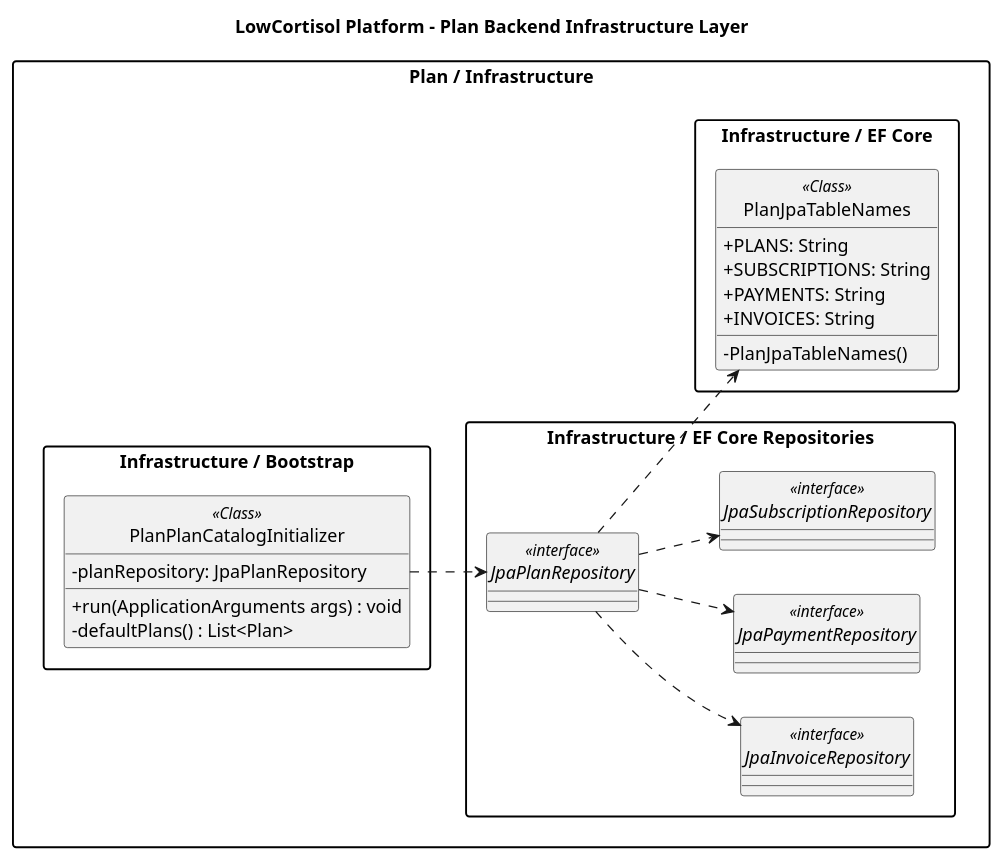
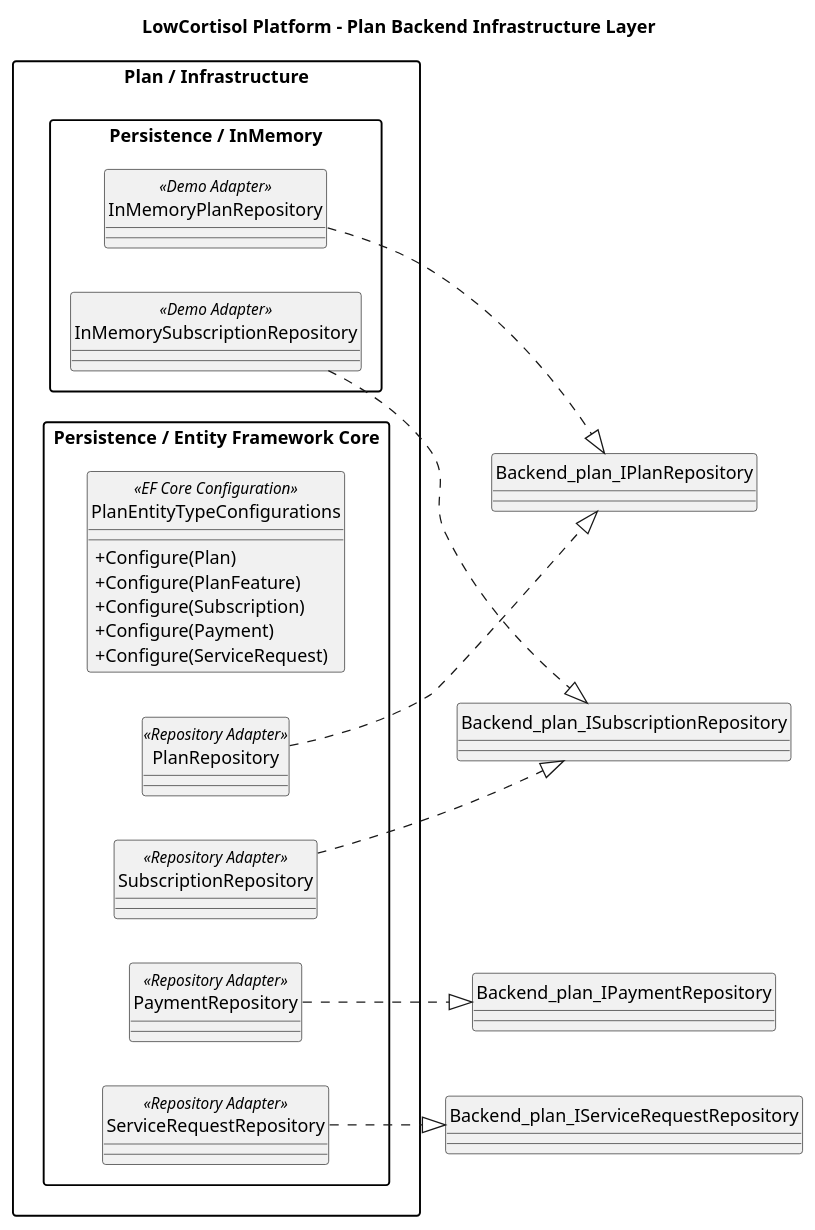
Before and after one commit to upc-pre-202610-1asi0730-12144-flowalert/lowcortisol-report: the diagram in docs/diagrams/class/backend/layers/plan/backend-plan-infrastructure-class-diagram.puml, drawn with PlantUML. The commit also changed 51 other files, not shown here.

Commit message:
docs: align report diagrams with implemented bounded contexts

```diff
--- a/docs/diagrams/class/backend/layers/plan/backend-plan-infrastructure-class-diagram.puml
+++ b/docs/diagrams/class/backend/layers/plan/backend-plan-infrastructure-class-diagram.puml
@@ -1,46 +1,37 @@
 @startuml
 title LowCortisol Platform - Plan Backend Infrastructure Layer
 left to right direction
 skinparam packageStyle rectangle
 skinparam shadowing false
 skinparam classAttributeIconSize 0
 hide circle
 
 package "Plan / Infrastructure" {
-  package "Infrastructure / Bootstrap" {
-    class "PlanPlanCatalogInitializer" as Backend_plan_PlanPlanCatalogInitializer <<Class>> {
-      - planRepository: JpaPlanRepository
-      + run(ApplicationArguments args) : void
-      - defaultPlans() : List<Plan>
+  package "Persistence / Entity Framework Core" {
+    class "PlanEntityTypeConfigurations" as Backend_plan_PlanEntityTypeConfigurations <<EF Core Configuration>> {
+      + Configure(Plan)
+      + Configure(PlanFeature)
+      + Configure(Subscription)
+      + Configure(Payment)
+      + Configure(ServiceRequest)
     }
+    class "PlanRepository" as Backend_plan_EfPlanRepository <<Repository Adapter>>
+    class "SubscriptionRepository" as Backend_plan_EfSubscriptionRepository <<Repository Adapter>>
+    class "PaymentRepository" as Backend_plan_EfPaymentRepository <<Repository Adapter>>
+    class "ServiceRequestRepository" as Backend_plan_EfServiceRequestRepository <<Repository Adapter>>
   }
-  package "Infrastructure / EF Core" {
-    class "PlanJpaTableNames" as Backend_plan_PlanJpaTableNames <<Class>> {
-      + PLANS: String
-      + SUBSCRIPTIONS: String
-      + PAYMENTS: String
-      + INVOICES: String
-      - PlanJpaTableNames()
-    }
-  }
-  package "Infrastructure / EF Core Repositories" {
-    interface "JpaInvoiceRepository" as Backend_plan_JpaInvoiceRepository <<interface>> {
-    }
-    interface "JpaPaymentRepository" as Backend_plan_JpaPaymentRepository <<interface>> {
-    }
-    interface "JpaPlanRepository" as Backend_plan_JpaPlanRepository <<interface>> {
-    }
-    interface "JpaSubscriptionRepository" as Backend_plan_JpaSubscriptionRepository <<interface>> {
-    }
+
+  package "Persistence / InMemory" {
+    class "InMemoryPlanRepository" as Backend_plan_InMemoryPlanRepository <<Demo Adapter>>
+    class "InMemorySubscriptionRepository" as Backend_plan_InMemorySubscriptionRepository <<Demo Adapter>>
   }
 }
 
-Backend_plan_PlanPlanCatalogInitializer ..> Backend_plan_JpaPlanRepository
-
-' Layer relationship completion: every declared type participates in this layer diagram.
-Backend_plan_JpaPlanRepository ..> Backend_plan_PlanJpaTableNames
-Backend_plan_JpaPlanRepository ..> Backend_plan_JpaInvoiceRepository
-Backend_plan_JpaPlanRepository ..> Backend_plan_JpaPaymentRepository
-Backend_plan_JpaPlanRepository ..> Backend_plan_JpaSubscriptionRepository
+Backend_plan_EfPlanRepository ..|> Backend_plan_IPlanRepository
+Backend_plan_EfSubscriptionRepository ..|> Backend_plan_ISubscriptionRepository
+Backend_plan_EfPaymentRepository ..|> Backend_plan_IPaymentRepository
+Backend_plan_EfServiceRequestRepository ..|> Backend_plan_IServiceRequestRepository
+Backend_plan_InMemoryPlanRepository ..|> Backend_plan_IPlanRepository
+Backend_plan_InMemorySubscriptionRepository ..|> Backend_plan_ISubscriptionRepository
 
 @enduml
```
